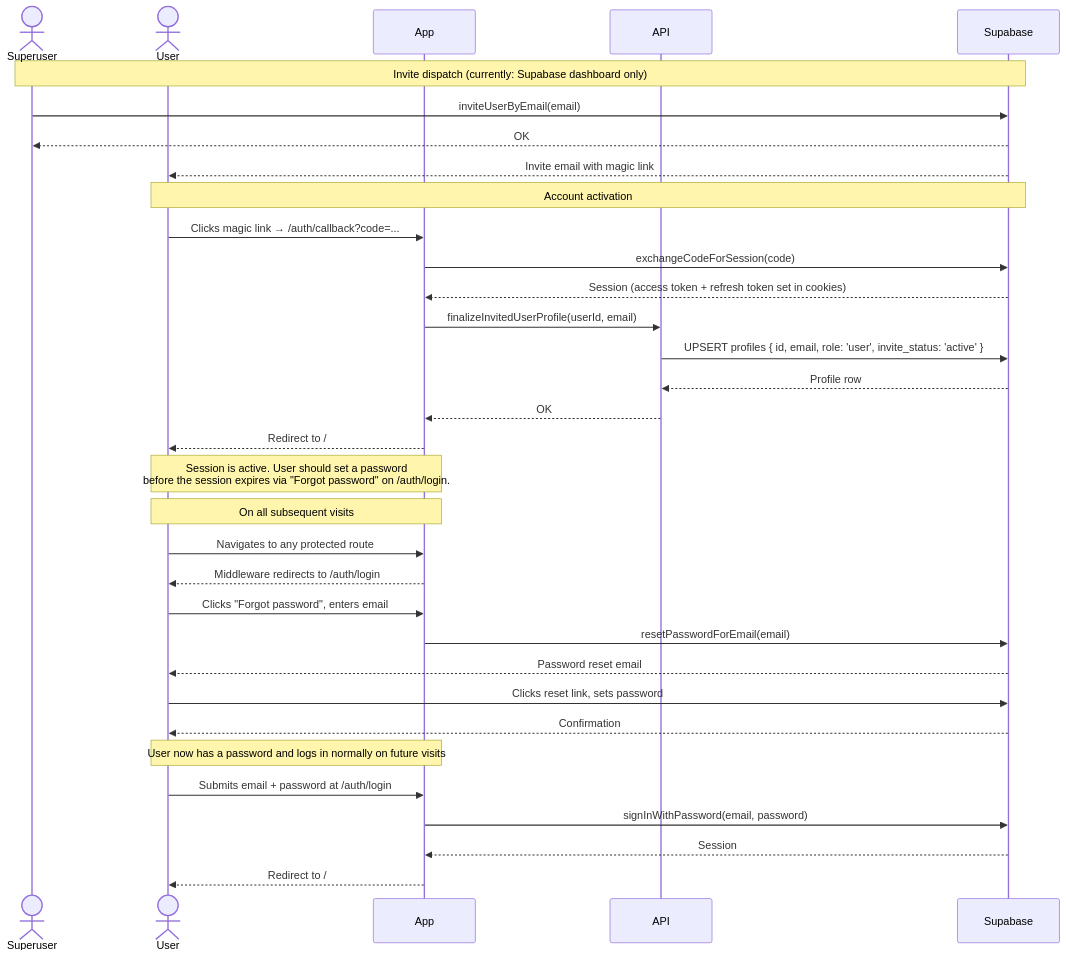
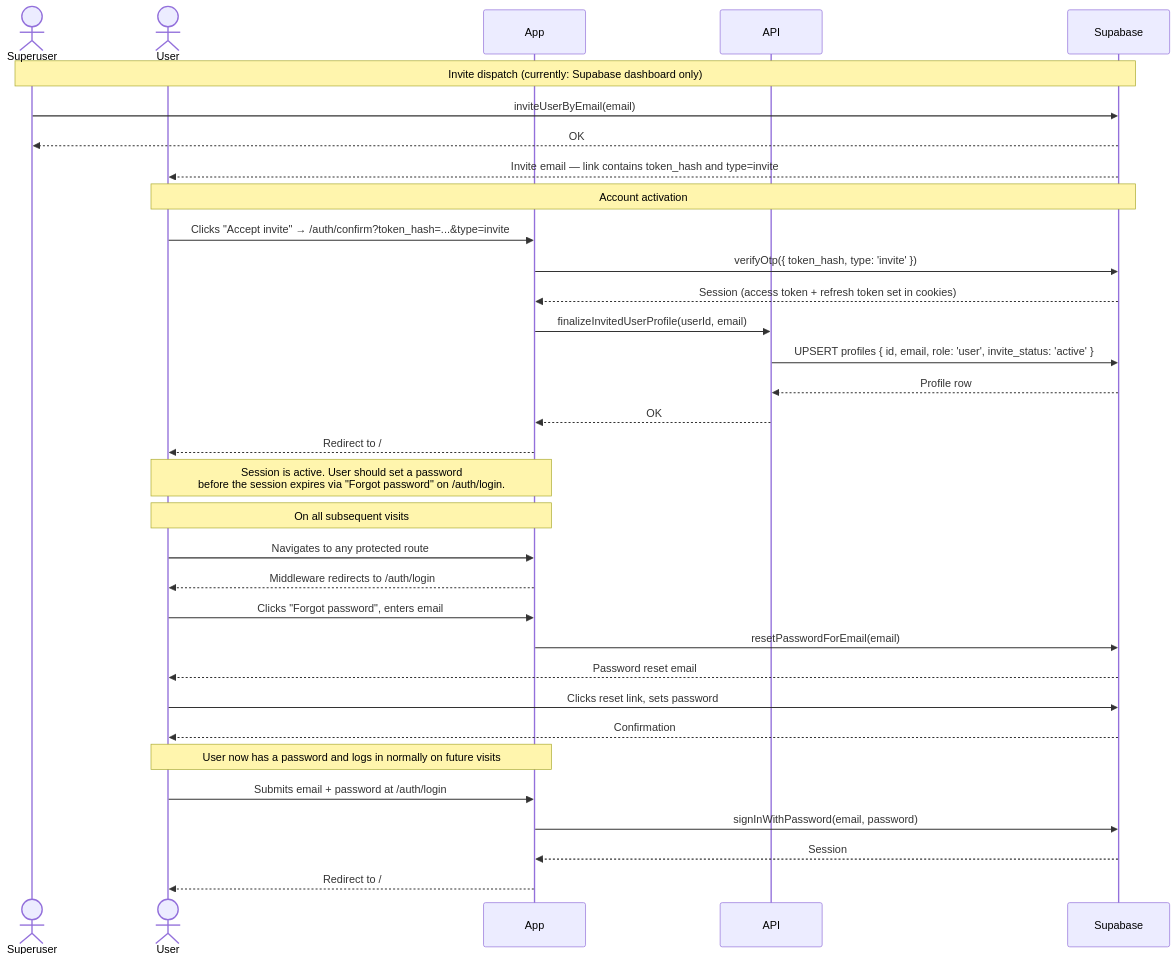
One commit to quzle/climbing-coach changed the diagram in docs/ux/00-account-creation.md. Above: the diagram before and after it, drawn with Mermaid. The commit also changed other lines of this file and 1 other file, not shown here.

First line of the commit message:
docs: correct invite flow — add AUTH-8, MANUAL-1/2 tasks

````diff
--- a/docs/ux/00-account-creation.md
+++ b/docs/ux/00-account-creation.md
@@ -17,40 +37,40 @@
 ```mermaid
 sequenceDiagram
     actor Superuser
     actor User
     participant App
     participant API
     participant Supabase
 
     Note over Superuser,Supabase: Invite dispatch (currently: Supabase dashboard only)
     Superuser->>Supabase: inviteUserByEmail(email)
     Supabase-->>Superuser: OK
-    Supabase-->>User: Invite email with magic link
+    Supabase-->>User: Invite email — link contains token_hash and type=invite
 
     Note over User,Supabase: Account activation
-    User->>App: Clicks magic link → /auth/callback?code=...
-    App->>Supabase: exchangeCodeForSession(code)
+    User->>App: Clicks "Accept invite" → /auth/confirm?token_hash=...&type=invite
+    App->>Supabase: verifyOtp({ token_hash, type: 'invite' })
     Supabase-->>App: Session (access token + refresh token set in cookies)
 
     App->>API: finalizeInvitedUserProfile(userId, email)
     API->>Supabase: UPSERT profiles { id, email, role: 'user', invite_status: 'active' }
     Supabase-->>API: Profile row
     API-->>App: OK
 
     App-->>User: Redirect to /
     Note over User,App: Session is active. User should set a password<br/>before the session expires via "Forgot password" on /auth/login.
 
     Note over User,App: On all subsequent visits
     User->>App: Navigates to any protected route
     App-->>User: Middleware redirects to /auth/login
     User->>App: Clicks "Forgot password", enters email
     App->>Supabase: resetPasswordForEmail(email)
     Supabase-->>User: Password reset email
     User->>Supabase: Clicks reset link, sets password
     Supabase-->>User: Confirmation
     Note over User,App: User now has a password and logs in normally on future visits
     User->>App: Submits email + password at /auth/login
     App->>Supabase: signInWithPassword(email, password)
     Supabase-->>App: Session
     App-->>User: Redirect to /
 ```
````
